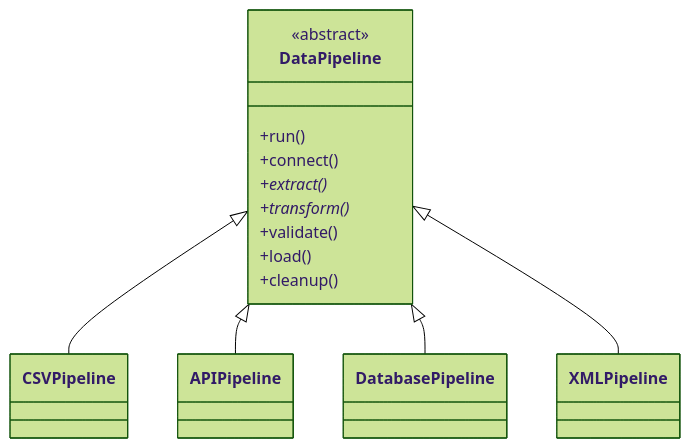
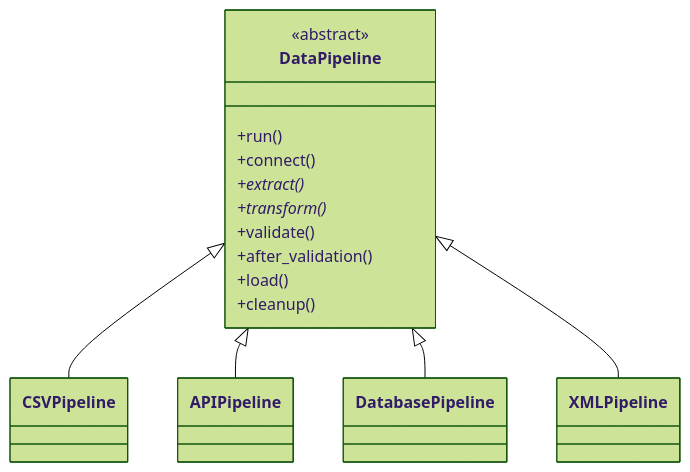
Before and after one commit to b00827504-basak/design-patterns-exercise: the seventh of 7 diagrams in DIAGRAMS.md, drawn with Mermaid (forest theme).

Commit message:
Clarify design documentation and improve exercise example

````diff
--- a/DIAGRAMS.md
+++ b/DIAGRAMS.md
@@ -144,21 +144,22 @@
 ```mermaid
 classDiagram
     class DataPipeline {
         <<abstract>>
         +run()
         +connect()
         +extract()*
         +transform()*
         +validate()
+        +after_validation()
         +load()
         +cleanup()
     }
     class CSVPipeline
     class APIPipeline
     class DatabasePipeline
     class XMLPipeline
     DataPipeline <|-- CSVPipeline
     DataPipeline <|-- APIPipeline
     DataPipeline <|-- DatabasePipeline
     DataPipeline <|-- XMLPipeline
 ```
````
